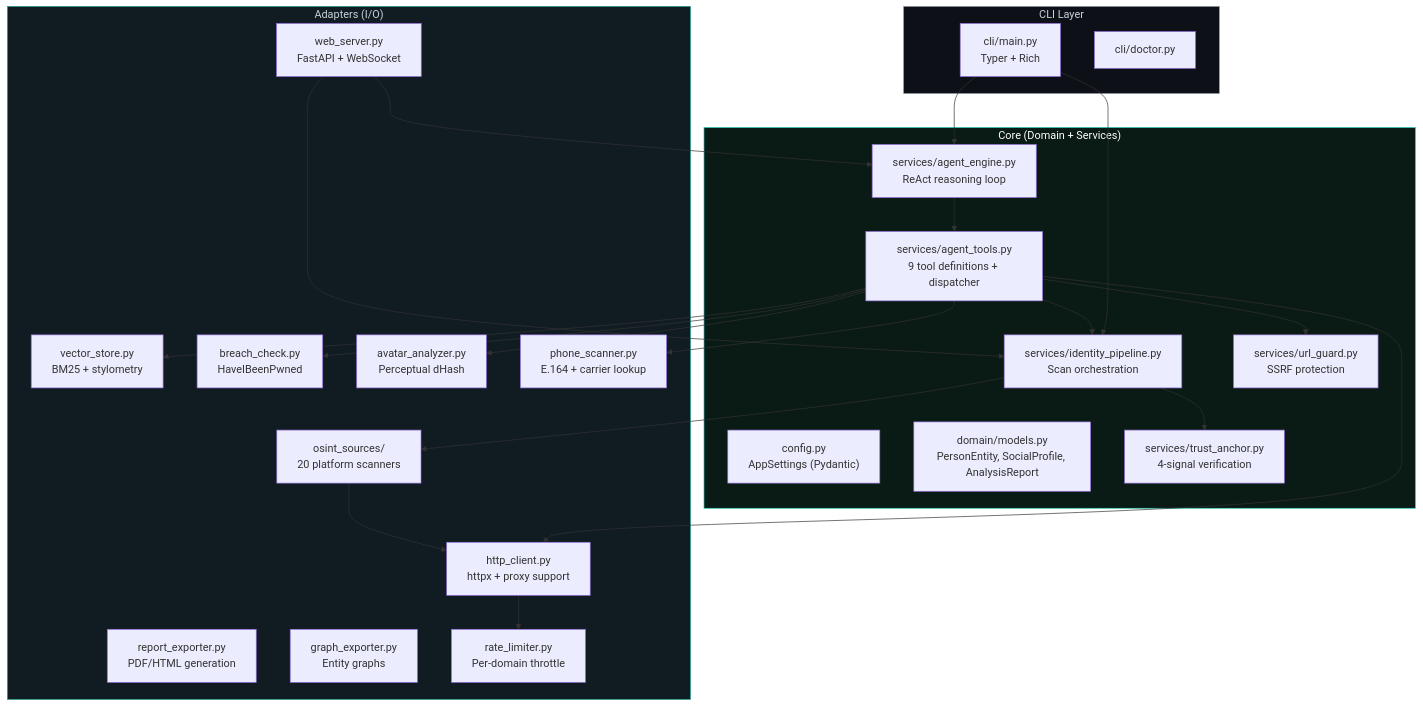
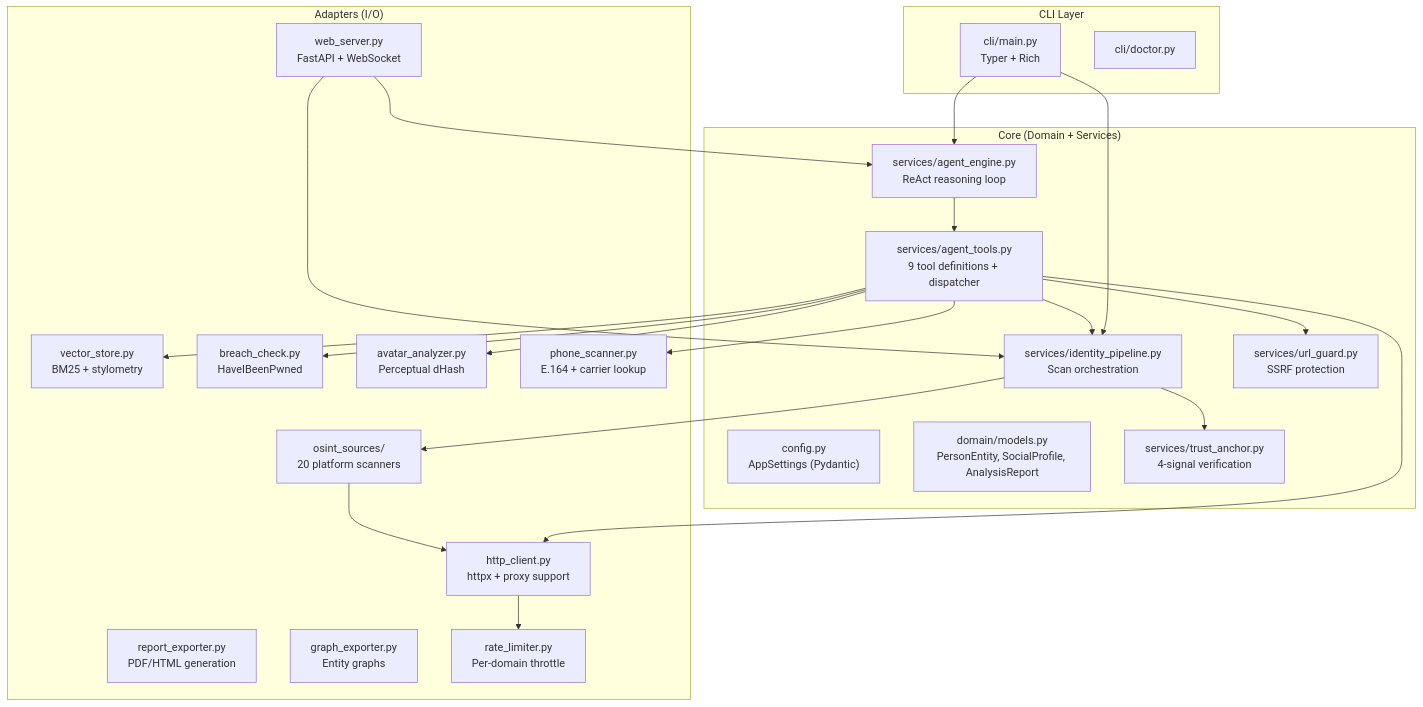
Before and after one commit to Doble-2/osint-d2: the diagram in docs/architecture/overview.md, drawn with Mermaid. The commit also changed 4 other files, not shown here.

````diff
--- a/docs/architecture/overview.md
+++ b/docs/architecture/overview.md
@@ -5,51 +5,48 @@
 ```mermaid
 graph TB
     subgraph CLI["CLI Layer"]
         M["cli/main.py<br/>Typer + Rich"]
         D["cli/doctor.py"]
     end
 
     subgraph Core["Core (Domain + Services)"]
         Config["config.py<br/>AppSettings (Pydantic)"]
         Models["domain/models.py<br/>PersonEntity, SocialProfile, AnalysisReport"]
         Pipeline["services/identity_pipeline.py<br/>Scan orchestration"]
         Agent["services/agent_engine.py<br/>ReAct reasoning loop"]
         Tools["services/agent_tools.py<br/>9 tool definitions + dispatcher"]
         Trust["services/trust_anchor.py<br/>4-signal verification"]
         Guard["services/url_guard.py<br/>SSRF protection"]
     end
 
     subgraph Adapters["Adapters (I/O)"]
         HTTP["http_client.py<br/>httpx + proxy support"]
         VS["vector_store.py<br/>BM25 + stylometry"]
         Scanners["osint_sources/<br/>20 platform scanners"]
         Breach["breach_check.py<br/>HaveIBeenPwned"]
         Avatar["avatar_analyzer.py<br/>Perceptual dHash"]
         Phone["phone_scanner.py<br/>E.164 + carrier lookup"]
         Report["report_exporter.py<br/>PDF/HTML generation"]
         Graph["graph_exporter.py<br/>Entity graphs"]
         Web["web_server.py<br/>FastAPI + WebSocket"]
         Rate["rate_limiter.py<br/>Per-domain throttle"]
     end
 
     M --> Pipeline
     M --> Agent
     Web --> Pipeline
     Web --> Agent
     Agent --> Tools
     Tools --> Pipeline
     Tools --> VS
     Tools --> Avatar
     Tools --> Phone
     Tools --> Breach
     Tools --> HTTP
     Tools --> Guard
     Pipeline --> Scanners
     Pipeline --> Trust
     Scanners --> HTTP
     HTTP --> Rate
 
-    style Core fill:#0a1a14,stroke:#2dd4bf,color:#fff
-    style Adapters fill:#111b22,stroke:#1a9a87,color:#c9d1d9
-    style CLI fill:#0d1117,stroke:#8b949e,color:#c9d1d9
 ```
````
